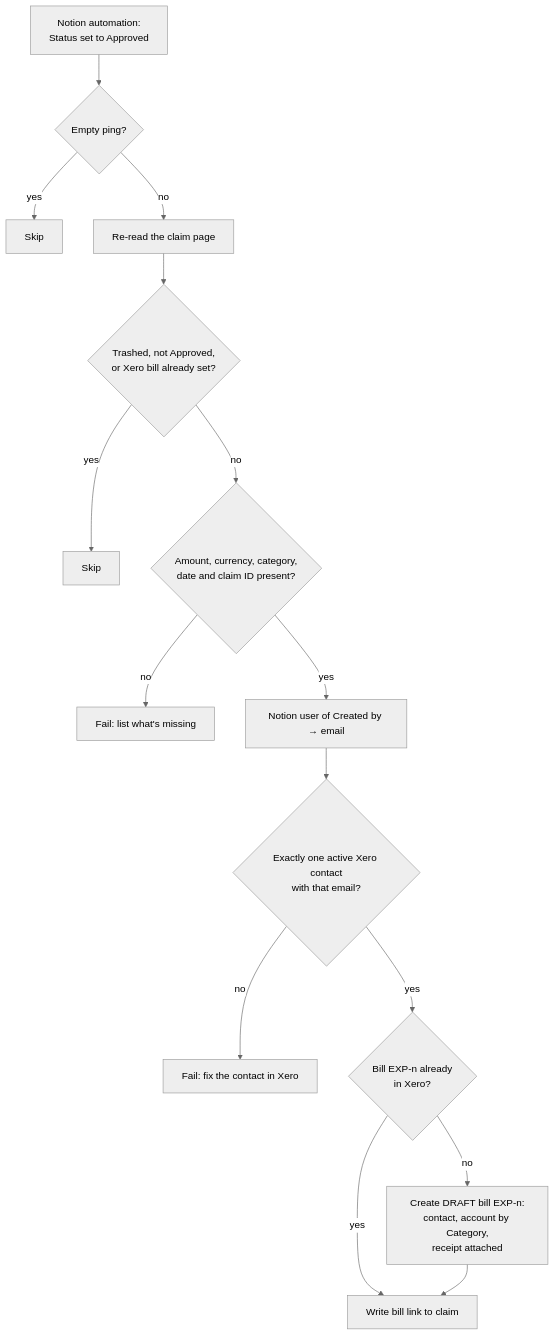
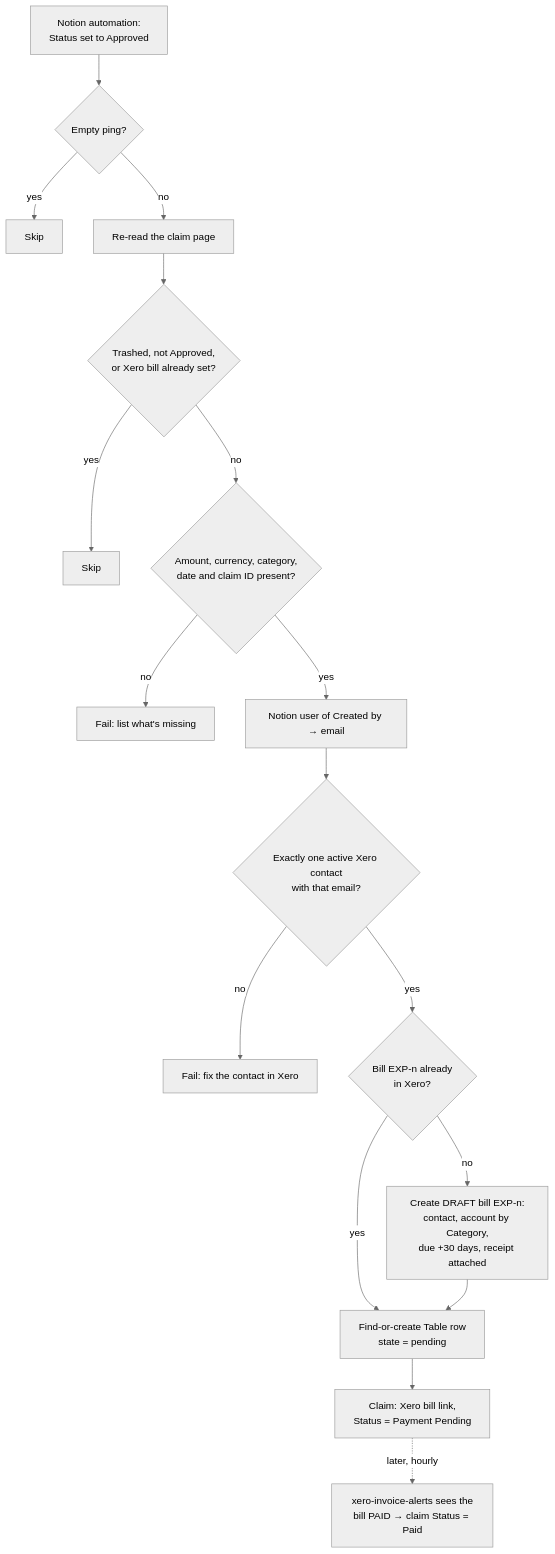
The diagram in expense-claim-to-xero-bill/README.md (work-flowers/zapier-sdk), drawn with Mermaid (neutral theme) before and after one commit. The commit also changed other lines of this file and 8 other files, not shown here.

First line of the commit message:
Expense claims: 30-day due date, Payment Pending, and Paid via xero-invoice-alerts

````diff
--- a/expense-claim-to-xero-bill/README.md
+++ b/expense-claim-to-xero-bill/README.md
@@ -14,17 +14,19 @@
 ```mermaid
 flowchart TD
   T[Notion automation:<br/>Status set to Approved] --> P{Empty ping?}
   P -- yes --> S0[Skip]
   P -- no --> R[Re-read the claim page]
   R --> G{Trashed, not Approved,<br/>or Xero bill already set?}
   G -- yes --> S[Skip]
   G -- no --> V{Amount, currency, category,<br/>date and claim ID present?}
   V -- no --> E1[Fail: list what's missing]
   V -- yes --> U[Notion user of Created by → email]
   U --> C{Exactly one active Xero contact<br/>with that email?}
   C -- no --> E2[Fail: fix the contact in Xero]
   C -- yes --> X{Bill EXP-n already<br/>in Xero?}
-  X -- yes --> W[Write bill link to claim]
-  X -- no --> B[Create DRAFT bill EXP-n:<br/>contact, account by Category,<br/>receipt attached]
-  B --> W
+  X -- yes --> TB[Find-or-create Table row<br/>state = pending]
+  X -- no --> B[Create DRAFT bill EXP-n:<br/>contact, account by Category,<br/>due +30 days, receipt attached]
+  B --> TB
+  TB --> W[Claim: Xero bill link,<br/>Status = Payment Pending]
+  W -. later, hourly .-> A[xero-invoice-alerts sees the<br/>bill PAID → claim Status = Paid]
 ```
````
